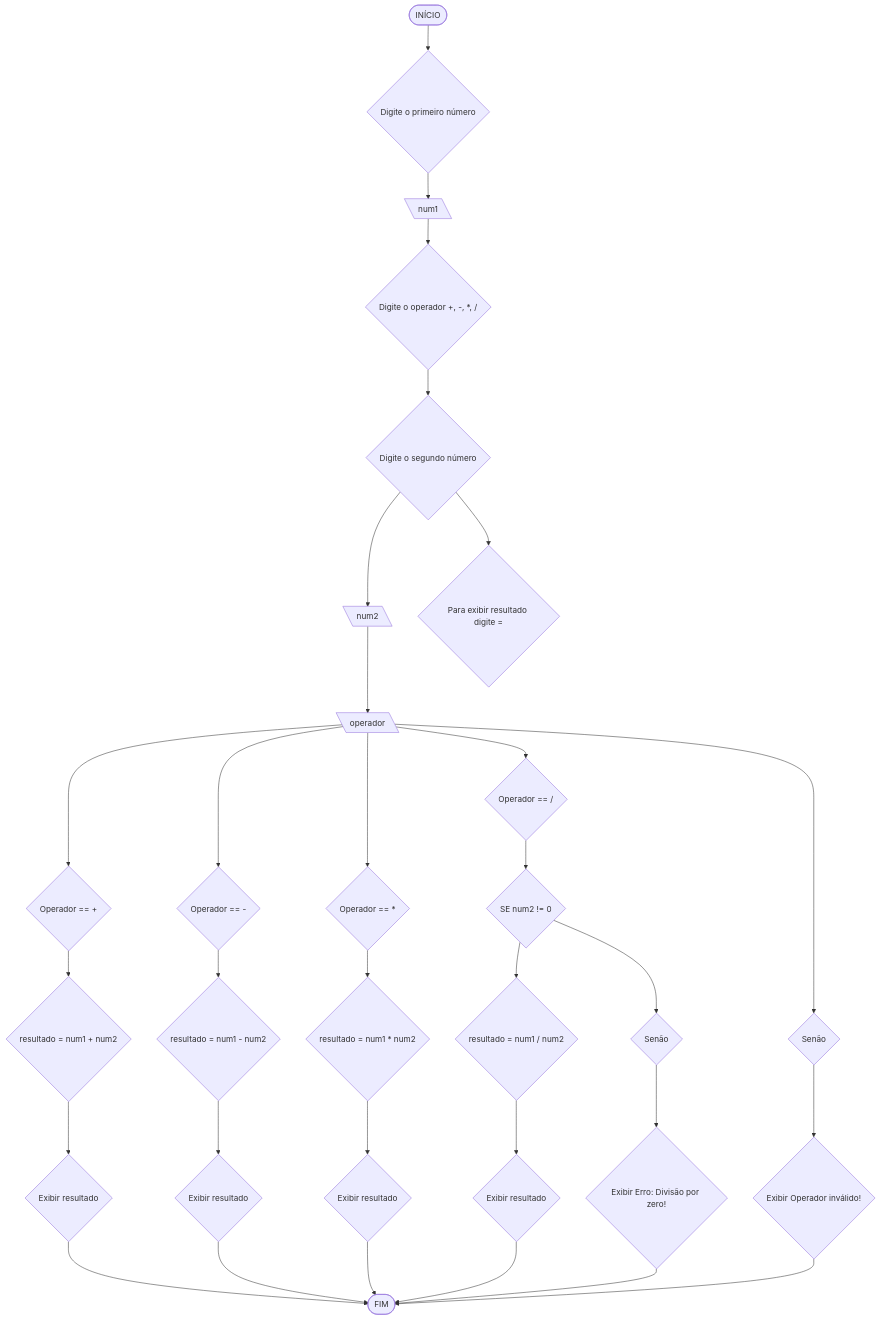
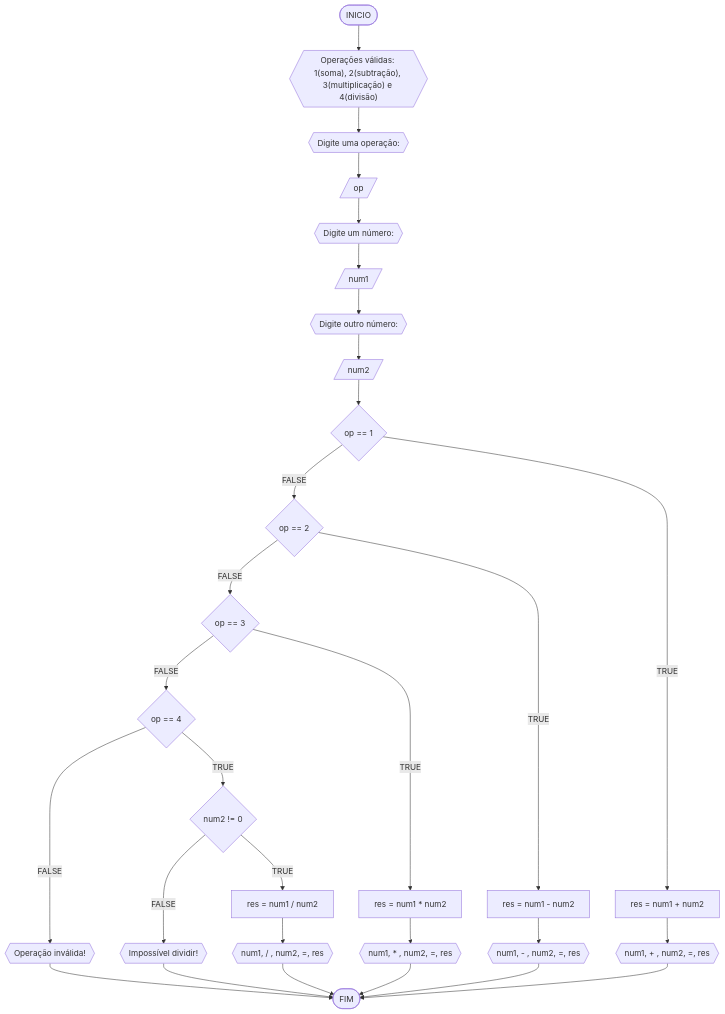
One commit to edwardstww/unifor changed the fourth of 5 diagrams in RLA/lista2.md. Above: the diagram before and after it, drawn with Mermaid. The commit also changed other lines of this file, not shown here.

````diff
--- a/RLA/lista2.md
+++ b/RLA/lista2.md
@@ -104,33 +180,31 @@
 ```mermaid
 flowchart TD
-A([INÍCIO]) --> B{Digite o primeiro número} 
-B --> C[\num1\] 
-C --> D{Digite o operador +, -, *, /} 
-D --> E{Digite o segundo número}
-E --> F[\num2\]
-E --> Z{Para exibir resultado digite =}
- F --> G[\operador\] 
- G --> H{Operador == +} 
- H --> I{resultado = num1 + num2} 
- I --> J{Exibir resultado} 
- J --> K([FIM]) 
- G --> L{Operador == -} 
- L --> M{resultado = num1 - num2} 
- M --> N{Exibir resultado} 
- N --> K 
- G --> O{Operador == *} 
- O --> P{resultado = num1 * num2} 
- P --> Q{Exibir resultado} 
- Q --> K 
- G --> R{Operador == /} 
- R --> S{SE num2 != 0} 
- S --> T{resultado = num1 / num2} 
- T --> U{Exibir resultado} 
- U --> K 
- S --> V{Senão} 
-V --> W{Exibir Erro: Divisão por zero!}
-  W --> K 
-  G --> X{Senão}
-   X --> Y{Exibir Operador inválido!} 
-   Y --> K
-   ```
+A([INICIO]) --> B{{"Operações válidas: 1(soma), 2(subtração), 3(multiplicação) e 4(divisão)"}}
+B --> C{{Digite uma operação:}}
+C --> D[/op/]
+D --> E{{Digite um número:}}
+E --> F[/num1/]
+F --> G{{Digite outro número:}}
+G --> H[/num2/]
+H --> I{op == 1}
+I --FALSE--> J{op == 2}
+J --FALSE--> L{op == 3}
+L --FALSE--> O{op == 4}
+O --FALSE--> Q{{Operação inválida!}}
+Q --> R([FIM])
+I --TRUE--> M[res = num1 + num2]
+M --> S{{num1, + , num2, =, res}}
+J --TRUE--> K[res = num1 - num2]
+K --> T{{num1, - , num2, =, res}}
+L --TRUE--> N[res = num1 * num2]
+N --> U{{num1, * , num2, =, res}}
+O --TRUE--> P{num2 != 0}
+P --FALSE--> X{{Impossível dividir!}}
+P --TRUE--> Z[res = num1 / num2]
+Z --> V{{num1, / , num2, =, res}}
+X --> R
+S --> R
+T --> R
+U --> R
+V --> R
+```
````
